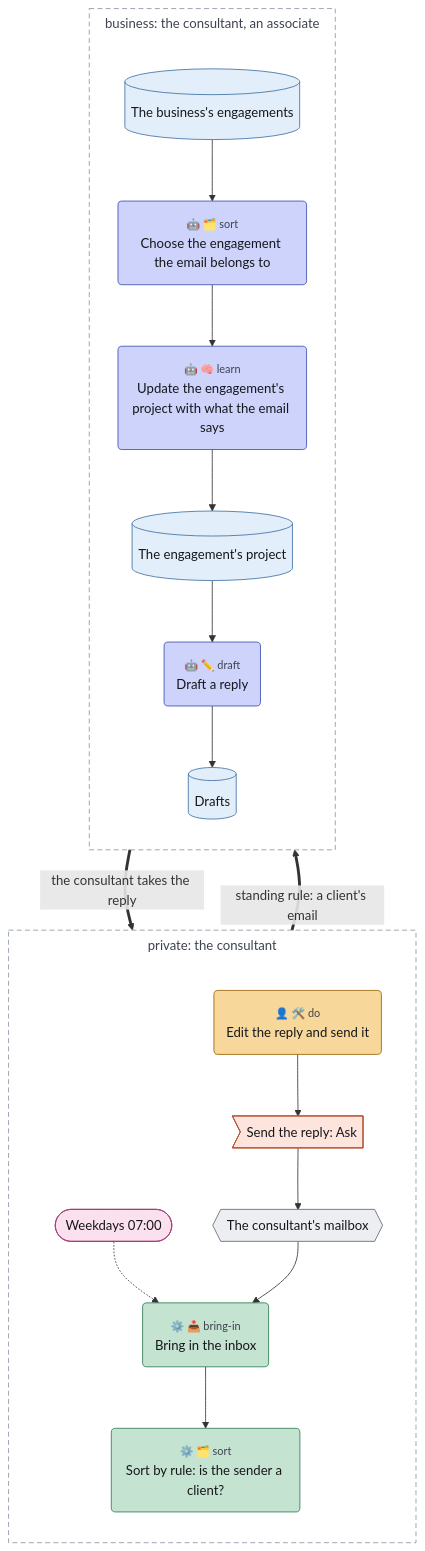
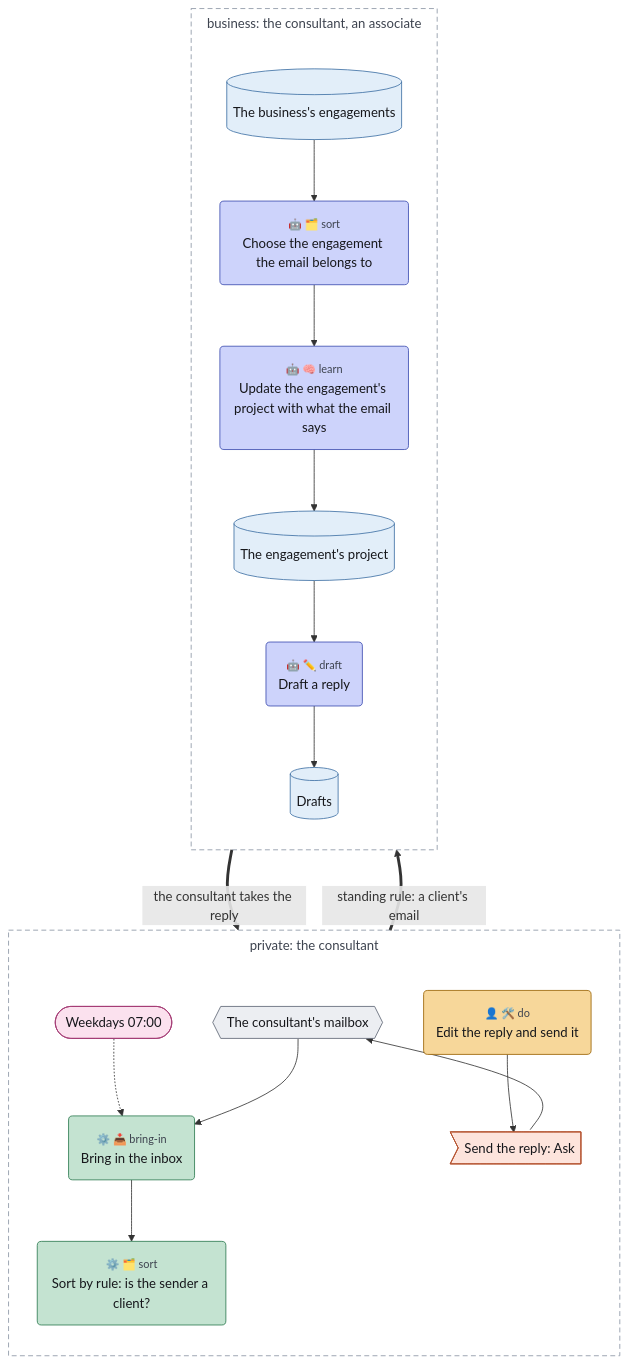
Before and after one commit to chrismdp/awml: the diagram in plugins/awml/skills/awml/references/examples/client-email.mmd, drawn with Mermaid. The commit also changed 49 other files, not shown here.

```diff
--- a/plugins/awml/skills/awml/references/examples/client-email.mmd
+++ b/plugins/awml/skills/awml/references/examples/client-email.mmd
@@ -1,60 +1,61 @@
 ---
 config:
   theme: default
   flowchart:
     useMaxWidth: false
     subGraphTitleMargin:
       top: 6
       bottom: 30
 ---
 flowchart TB
-  subgraph private["private: the consultant"]
+  subgraph private["private#58; the consultant"]
     direction TB
-    mailbox{{"The consultant's mailbox"}}
-    weekdays(["Weekdays 07:00"])
-    bring("<small style='color:#3d434f'>⚙️ 📥 bring-in</small><br>Bring in the inbox")
-    rules("<small style='color:#3d434f'>⚙️ 🗂️ sort</small><br>Sort by rule: is the sender a client?")
-    edit("<small style='color:#3d434f'>👤 🛠️ do</small><br>Edit the reply and send it")
-    send>"Send the reply: Ask"]
+    mailbox{{"The consultant#39;s mailbox"}}
+    weekdays(["Weekdays 07#58;00"])
+    bring("<small style='color:rgb(61,67,79)'>⚙️ 📥 bring-in</small><br>Bring in the inbox")
+    rules("<small style='color:rgb(61,67,79)'>⚙️ 🗂️ sort</small><br>Sort by rule#58; is the sender a client#63;")
+    edit("<small style='color:rgb(61,67,79)'>👤 🛠️ do</small><br>Edit the reply and send it")
+    send>"Send the reply#58; Ask"]
   end
-  subgraph business["business: the consultant, an associate"]
+  subgraph business["business#58; the consultant#44; an associate"]
     direction TB
-    engagements[("The business's engagements")]
-    choose("<small style='color:#3d434f'>🤖 🗂️ sort</small><br>Choose the engagement the email belongs to")
-    learn("<small style='color:#3d434f'>🤖 🧠 learn</small><br>Update the engagement's project with what the email says")
-    project[("The engagement's project")]
-    draft("<small style='color:#3d434f'>🤖 ✏️ draft</small><br>Draft a reply")
+    engagements[("The business#39;s engagements")]
+    choose("<small style='color:rgb(61,67,79)'>🤖 🗂️ sort</small><br>Choose the engagement the email belongs to")
+    learn("<small style='color:rgb(61,67,79)'>🤖 🧠 learn</small><br>Update the engagement#39;s project with what the email says")
+    project[("The engagement#39;s project")]
+    draft("<small style='color:rgb(61,67,79)'>🤖 ✏️ draft</small><br>Draft a reply")
     drafts[("Drafts")]
   end
 
   weekdays -.-> bring
   mailbox --> bring
   bring --> rules
-  rules ==>|"standing rule: a client's email"| choose
+  rules ==>|"standing rule#58; a client#39;s email"| choose
   engagements --> choose
   choose --> learn
   learn --> project
   project --> draft
   draft --> drafts
   drafts ==>|"the consultant takes the reply"| edit
   edit --> send
-  send --> mailbox
+  mailbox <--> send
   classDef trig fill:#fbe1ee,stroke:#a33a74,color:#16171b
   classDef ctx fill:#e2eef9,stroke:#3d6fa3,color:#16171b
   classDef con fill:#eceef2,stroke:#5d6472,color:#16171b
   classDef surf fill:#ffffff,stroke:#2a2d35,stroke-width:1.5px,color:#16171b
   classDef out fill:#fde4dc,stroke:#b5532f,color:#16171b
   classDef ai fill:#cdd3fb,stroke:#3b4bb0,color:#16171b
   classDef code fill:#c4e3d1,stroke:#2b7a4f,color:#16171b
   classDef person fill:#f7d79a,stroke:#9a6100,color:#16171b
   classDef uml fill:#16171b,stroke:#16171b,color:#16171b
   classDef gap fill:#ffffff,stroke:#8a93a3,stroke-dasharray:4 3,color:#6b7280
   class weekdays trig
   class engagements,project,drafts ctx
   class mailbox con
   class send out
   class choose,learn,draft ai
   class bring,rules code
   class edit person
   style private fill:transparent,stroke:#8a93a3,stroke-dasharray:6 4,color:#3d434f
   style business fill:transparent,stroke:#8a93a3,stroke-dasharray:6 4,color:#3d434f
+  linkStyle 11 marker-end:none
```
